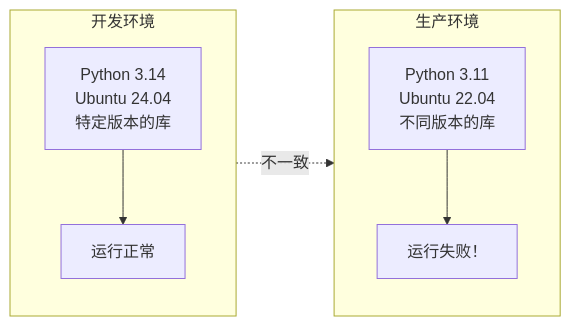
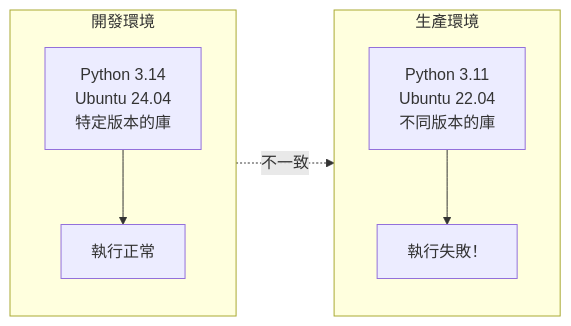
The first of 3 diagrams in 01_introduction/1.2_what.md (alexkuoecity/docker-practice-master-zh-tw), drawn with Mermaid before and after one commit. The commit also changed other lines of this file and 200 other files, not shown here.

````diff
--- a/01_introduction/1.2_what.md
+++ b/01_introduction/1.2_what.md
@@ -17,12 +17,12 @@
 ```mermaid
 flowchart LR
-    subgraph Dev ["开发环境"]
+    subgraph Dev ["開發環境"]
         direction TB
-        A["Python 3.14<br/>Ubuntu 24.04<br/>特定版本的库"] --> B["运行正常"]
+        A["Python 3.14<br/>Ubuntu 24.04<br/>特定版本的庫"] --> B["執行正常"]
     end
-    subgraph Prod ["生产环境"]
+    subgraph Prod ["生產環境"]
         direction TB
-        C["Python 3.11<br/>Ubuntu 22.04<br/>不同版本的库"] --> D["运行失败！"]
+        C["Python 3.11<br/>Ubuntu 22.04<br/>不同版本的庫"] --> D["執行失敗！"]
     end
     A -.->|不一致| C
 ```
````
